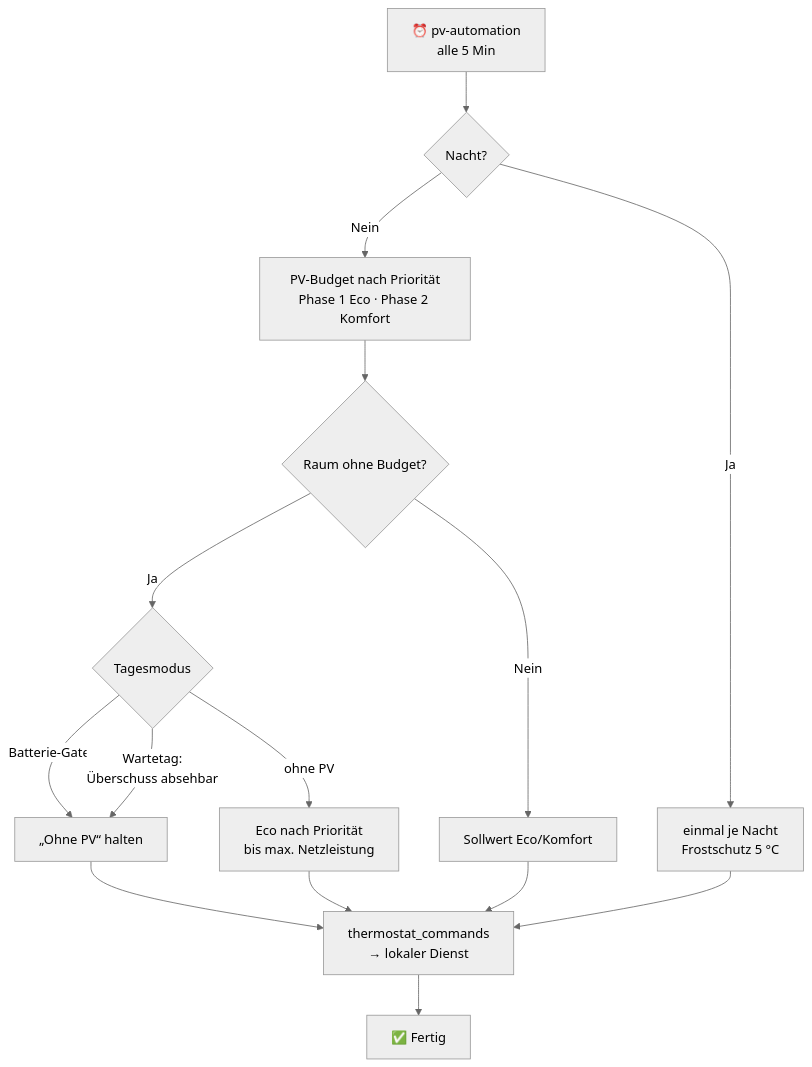
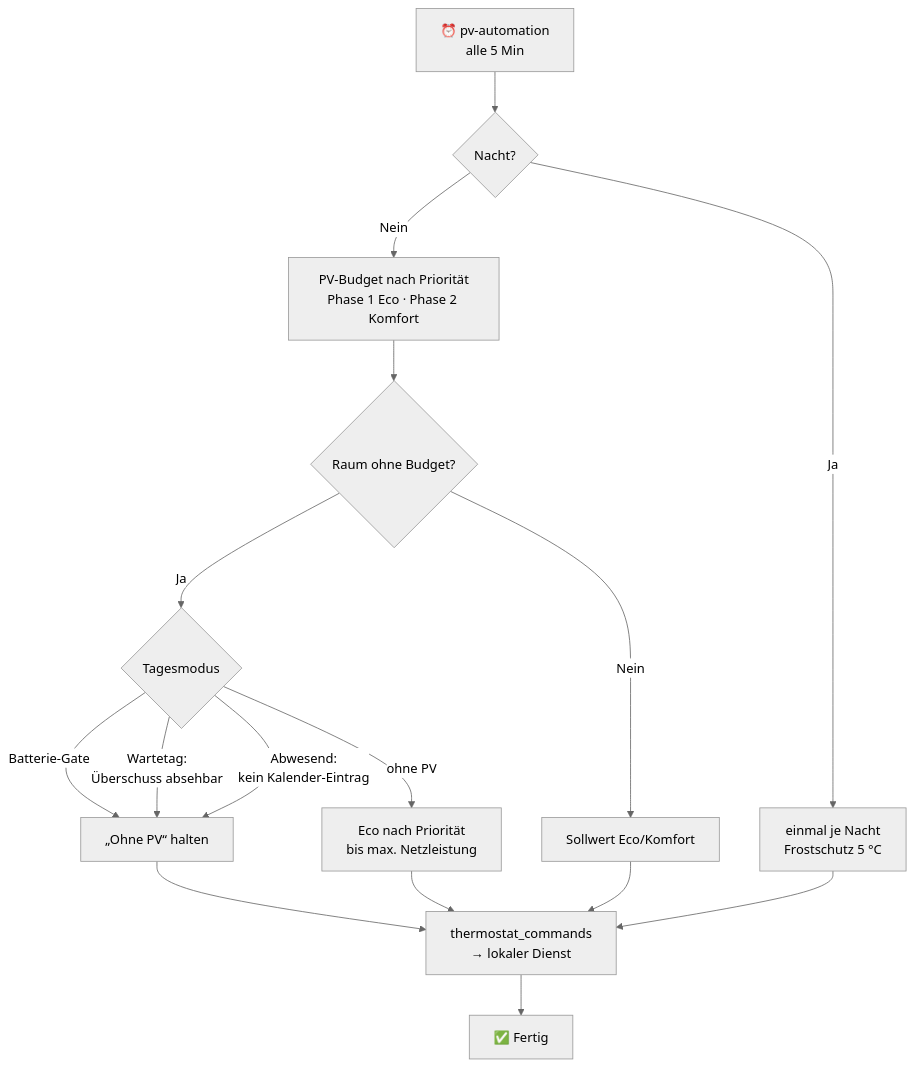
One commit to UliBer1508/smartfox-insight-ai-selfhosted changed the third of 5 diagrams in doc/ARCHITECTURE.md. Above: the diagram before and after it, drawn with Mermaid (neutral theme). The commit also changed other lines of this file and 14 other files, not shown here.

First line of the commit message:
Anwesenheit: Kalender + Schnellschalter, abwesend = Wartetag ohne Komfort

````diff
--- a/doc/ARCHITECTURE.md
+++ b/doc/ARCHITECTURE.md
@@ -69,17 +69,18 @@
 ```mermaid
 flowchart TD
     START[⏰ pv-automation<br/>alle 5 Min] --> NIGHT{Nacht?}
     NIGHT -->|Ja| FROST[einmal je Nacht<br/>Frostschutz 5 °C]
     NIGHT -->|Nein| BUDGET[PV-Budget nach Priorität<br/>Phase 1 Eco · Phase 2 Komfort]
     BUDGET --> REST{Raum ohne Budget?}
     REST -->|Nein| SET[Sollwert Eco/Komfort]
     REST -->|Ja| MODE{Tagesmodus}
     MODE -->|Batterie-Gate| WAIT[„Ohne PV“ halten]
     MODE -->|Wartetag:<br/>Überschuss absehbar| WAIT
+    MODE -->|Abwesend:<br/>kein Kalender-Eintrag| WAIT
     MODE -->|ohne PV| GRID[Eco nach Priorität<br/>bis max. Netzleistung]
     WAIT --> CMD[thermostat_commands<br/>→ lokaler Dienst]
     GRID --> CMD
     SET --> CMD
     FROST --> CMD
     CMD --> END[✅ Fertig]
 ```
````
